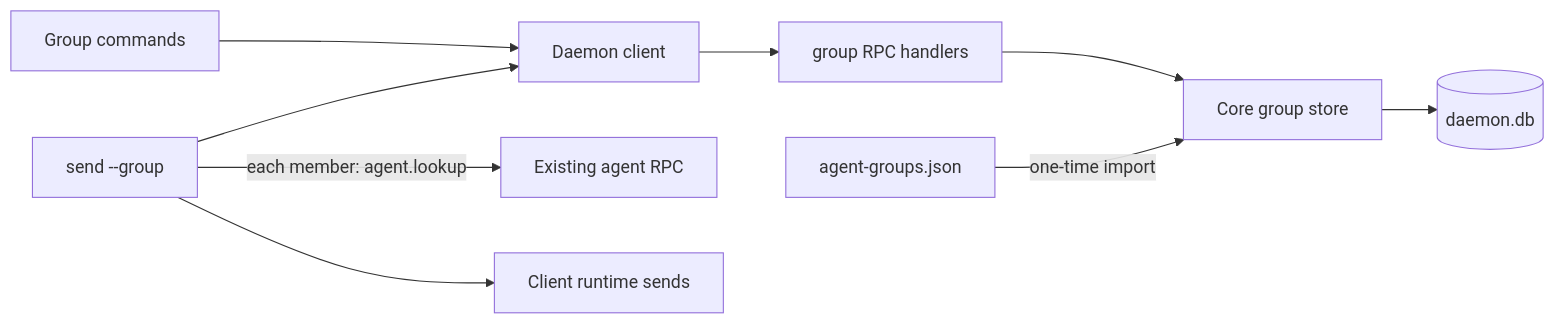
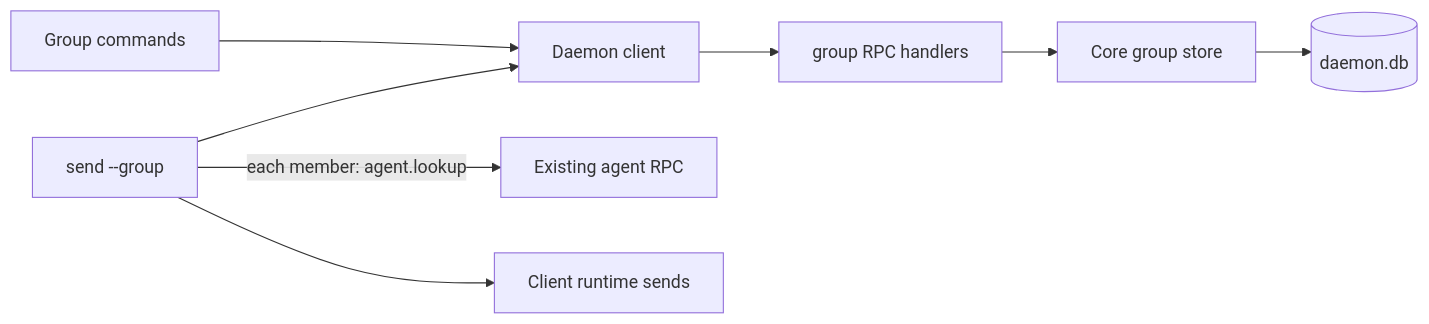
The diagram in docs/ai/design/2026-11-18-feature-group-daemon.md (codeaholicguy/ai-devkit), drawn with Mermaid before and after one commit. The commit also changed other lines of this file and 4 other files, not shown here.

````diff
--- a/docs/ai/design/2026-11-18-feature-group-daemon.md
+++ b/docs/ai/design/2026-11-18-feature-group-daemon.md
@@ -15,11 +16,10 @@
 ```mermaid
 flowchart LR
   CLI[Group commands] --> Client[Daemon client]
   Send[send --group] --> Client
   Client --> RPC[group RPC handlers]
   RPC --> Store[Core group store]
   Store --> DB[(daemon.db)]
-  Legacy[agent-groups.json] -->|one-time import| Store
   Send -->|each member: agent.lookup| Agent[Existing agent RPC]
   Send --> Runtime[Client runtime sends]
 ```
````
